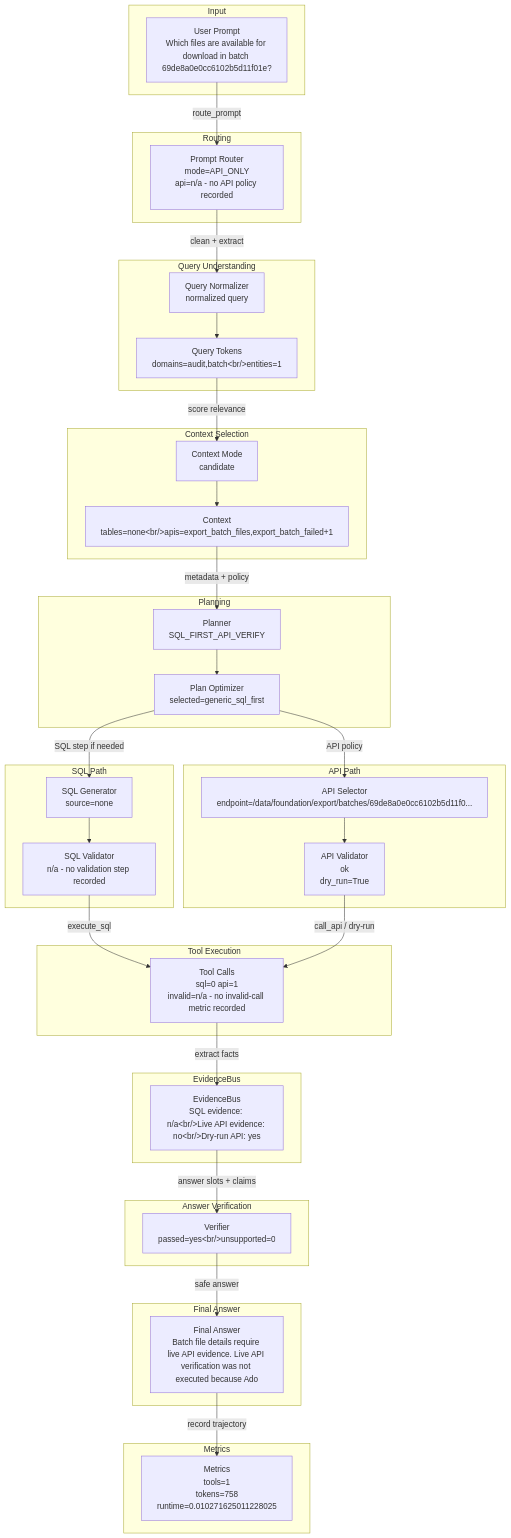
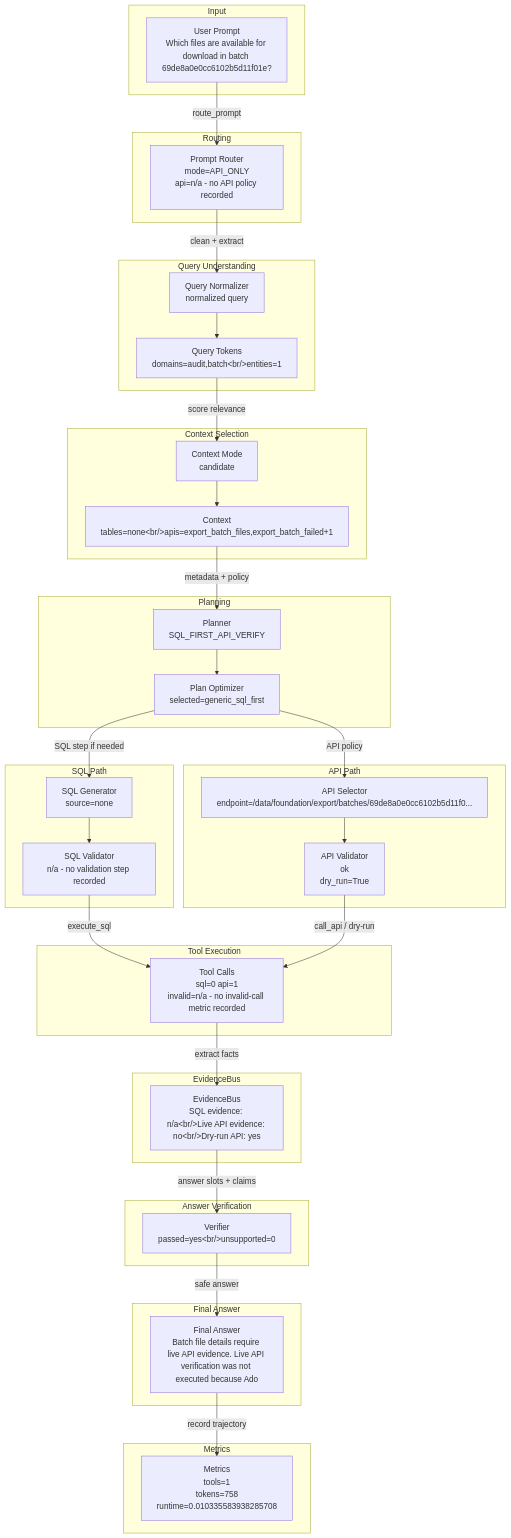
Before and after one commit to dashsys-workshop-vldb/dashsys-workshop-vldb.github.io: the diagram in outputs/visualizations/example_031/sql_first_api_verify/dataflow.md, drawn with Mermaid. The commit also changed other lines of this file and 384 other files, not shown here.

````diff
--- a/outputs/visualizations/example_031/sql_first_api_verify/dataflow.md
+++ b/outputs/visualizations/example_031/sql_first_api_verify/dataflow.md
@@ -19,56 +19,56 @@
 ```mermaid
 flowchart TD
   subgraph Input
     input_prompt["User Prompt<br/>Which files are available for download in batch 69de8a0e0cc6102b5d11f01e?"]
   end
   subgraph Routing
     router["Prompt Router<br/>mode=API_ONLY<br/>api=n/a - no API policy recorded"]
     input_prompt -->|route_prompt| router
   end
   subgraph QueryUnderstanding["Query Understanding"]
     normalizer["Query Normalizer<br/>normalized query"]
     tokens["Query Tokens<br/>domains=audit,batch&lt;br/&gt;entities=1"]
     router -->|clean + extract| normalizer --> tokens
   end
   subgraph ContextSelection["Context Selection"]
     context["Context Mode<br/>candidate"]
     candidates["Context<br/>tables=none&lt;br/&gt;apis=export_batch_files,export_batch_failed+1"]
     tokens -->|score relevance| context --> candidates
   end
   subgraph Planning
     planner["Planner<br/>SQL_FIRST_API_VERIFY"]
     optimizer["Plan Optimizer<br/>selected=generic_sql_first"]
     candidates -->|metadata + policy| planner --> optimizer
   end
   subgraph SQLPath["SQL Path"]
     sqlgen["SQL Generator<br/>source=none"]
     sqlval["SQL Validator<br/>n/a - no validation step recorded"]
     optimizer -->|SQL step if needed| sqlgen --> sqlval
   end
   subgraph APIPath["API Path"]
     apisel["API Selector<br/>endpoint=/data/foundation/export/batches/69de8a0e0cc6102b5d11f0..."]
     apival["API Validator<br/>ok<br/>dry_run=True"]
     optimizer -->|API policy| apisel --> apival
   end
   subgraph ToolExecution["Tool Execution"]
     tools["Tool Calls<br/>sql=0 api=1<br/>invalid=n/a - no invalid-call metric recorded"]
     sqlval -->|execute_sql| tools
     apival -->|call_api / dry-run| tools
   end
   subgraph EvidenceBus
     evidence["EvidenceBus<br/>SQL evidence: n/a&lt;br/&gt;Live API evidence: no&lt;br/&gt;Dry-run API: yes"]
     tools -->|extract facts| evidence
   end
   subgraph AnswerVerification["Answer Verification"]
     verifier["Verifier<br/>passed=yes&lt;br/&gt;unsupported=0"]
     evidence -->|answer slots + claims| verifier
   end
   subgraph FinalAnswer["Final Answer"]
     answer["Final Answer<br/>Batch file details require live API evidence. Live API verification was not executed because Ado"]
     verifier -->|safe answer| answer
   end
   subgraph Metrics
-    metrics["Metrics<br/>tools=1<br/>tokens=758<br/>runtime=0.010271625011228025"]
+    metrics["Metrics<br/>tools=1<br/>tokens=758<br/>runtime=0.010335583938285708"]
     answer -->|record trajectory| metrics
   end
 ```
````
